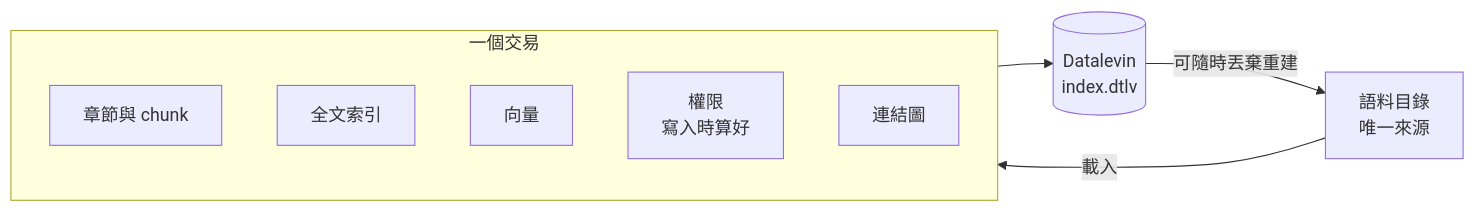
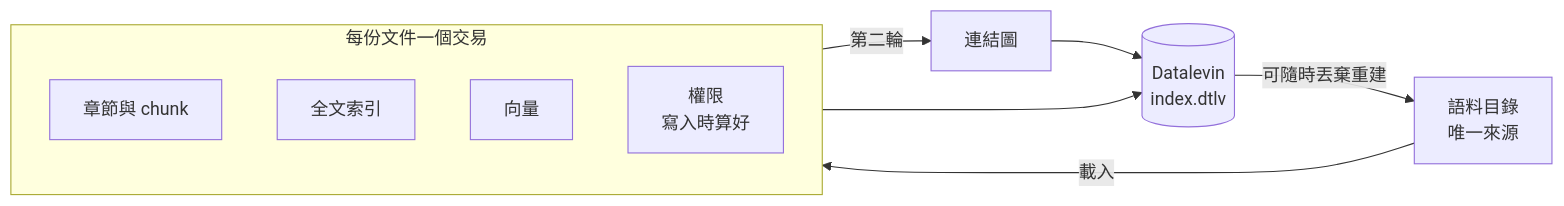
Before and after one commit to humorless/levinrag: the diagram in docs/design/rationale.zh-TW.md, drawn with Mermaid. The commit also changed other lines of this file and 3 other files, not shown here.

````diff
--- a/docs/design/rationale.zh-TW.md
+++ b/docs/design/rationale.zh-TW.md
@@ -35,14 +35,14 @@
 ```mermaid
 flowchart LR
   C[語料目錄<br/>唯一來源] -->|載入| T
-  subgraph T[一個交易]
+  subgraph T[每份文件一個交易]
     direction TB
     K[章節與 chunk]
     F[全文索引]
     V[向量]
     P[權限<br/>寫入時算好]
-    L[連結圖]
   end
   T --> X[(Datalevin<br/>index.dtlv)]
+  T -->|第二輪| L[連結圖] --> X
   X -->|可隨時丟棄重建| C
 ```
````
